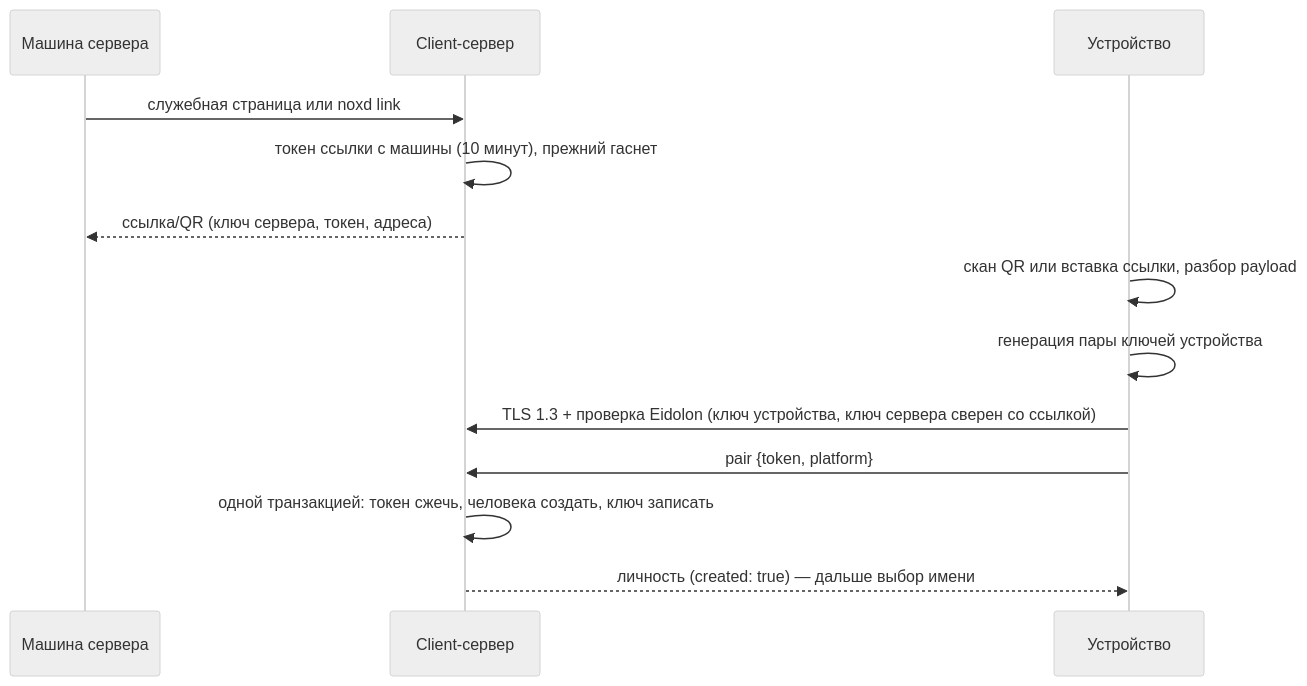
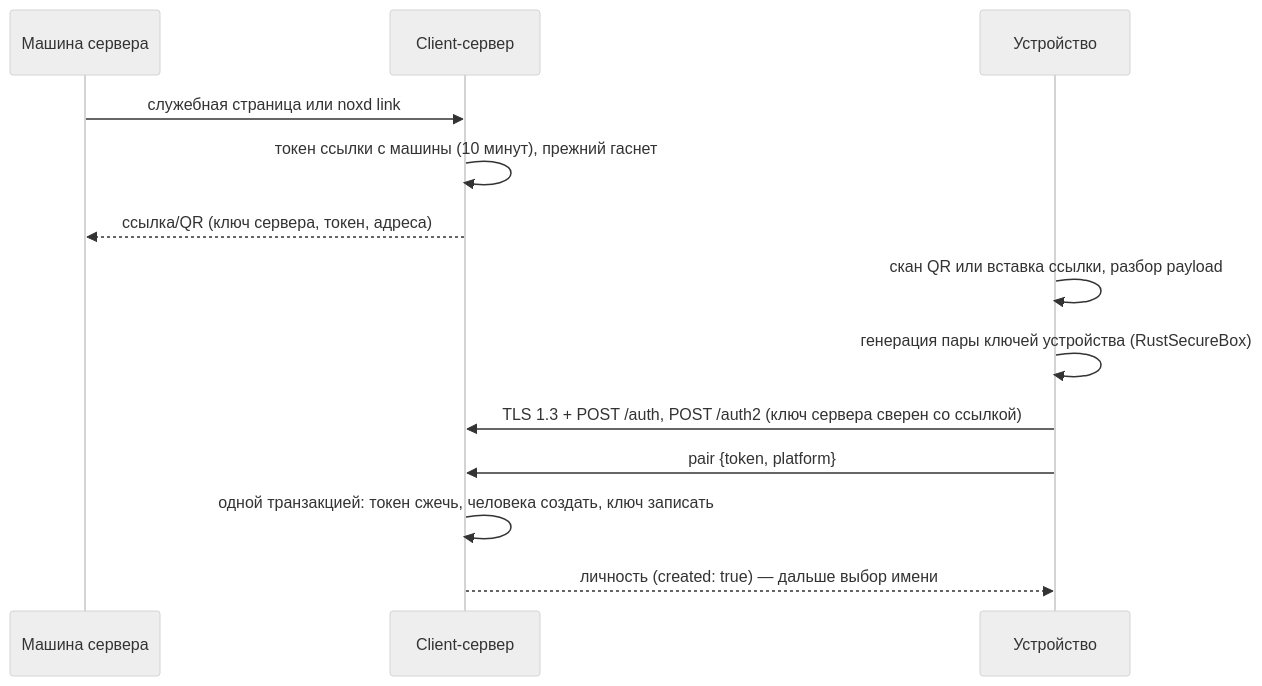
Before and after one commit to cyphernet-labs/nox-app: the first of 5 diagrams in docs/client-backend/architecture/authentication.md, drawn with Mermaid (neutral theme). The commit also changed other lines of this file and 21 other files, not shown here.

First line of the commit message:
docs(050): the channel check is POST /auth and POST /auth2 with RustSecureBox

````diff
--- a/docs/client-backend/architecture/authentication.md
+++ b/docs/client-backend/architecture/authentication.md
@@ -65,15 +65,15 @@
 ```mermaid
 sequenceDiagram
   participant M as Машина сервера
   participant CB as Client-сервер
   participant D as Устройство
   M->>CB: служебная страница или noxd link
   CB->>CB: токен ссылки с машины (10 минут), прежний гаснет
   CB-->>M: ссылка/QR (ключ сервера, токен, адреса)
   D->>D: скан QR или вставка ссылки, разбор payload
-  D->>D: генерация пары ключей устройства
-  D->>CB: TLS 1.3 + проверка Eidolon (ключ устройства, ключ сервера сверен со ссылкой)
+  D->>D: генерация пары ключей устройства (RustSecureBox)
+  D->>CB: TLS 1.3 + POST /auth, POST /auth2 (ключ сервера сверен со ссылкой)
   D->>CB: pair {token, platform}
   CB->>CB: одной транзакцией: токен сжечь, человека создать, ключ записать
   CB-->>D: личность (created: true) — дальше выбор имени
 ```
````
